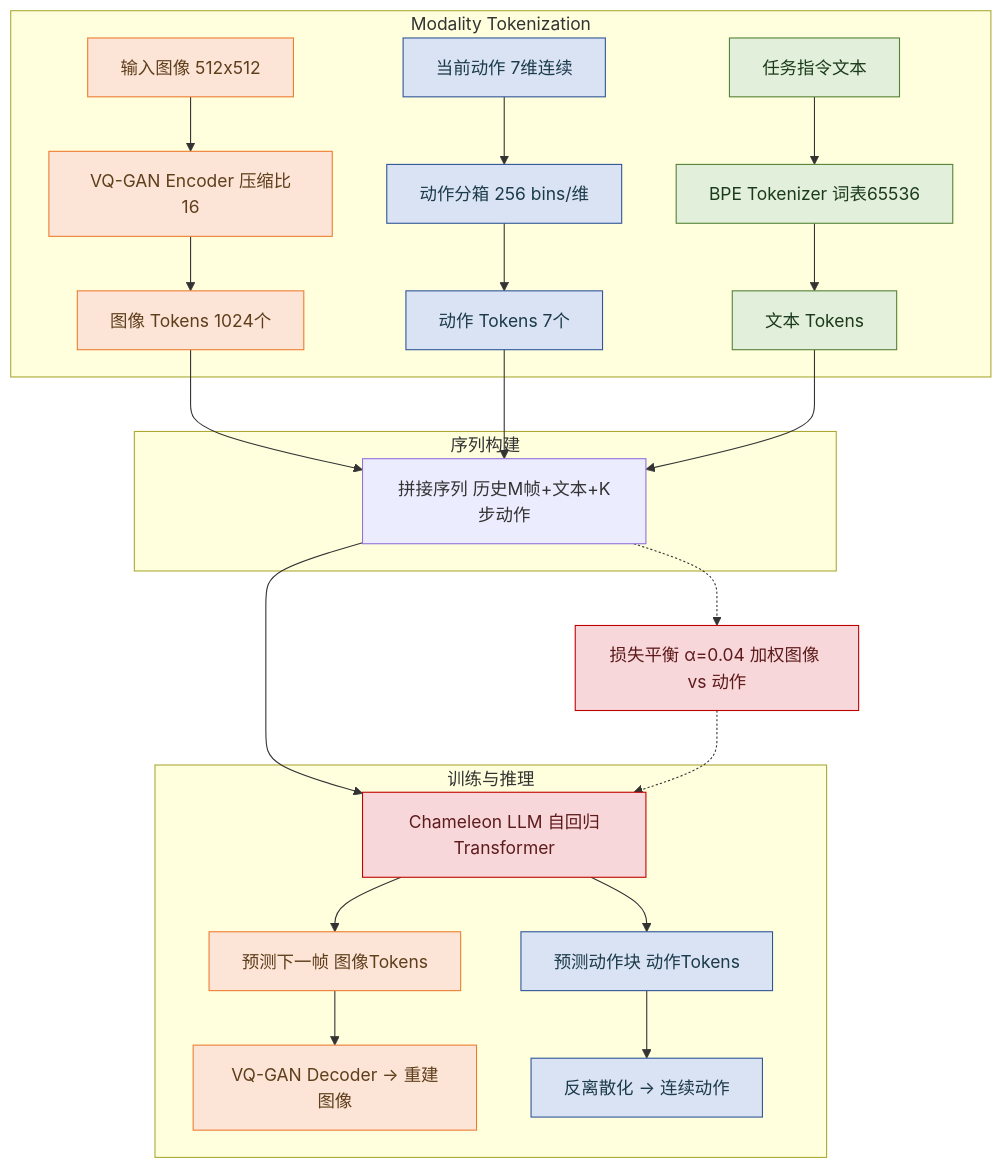
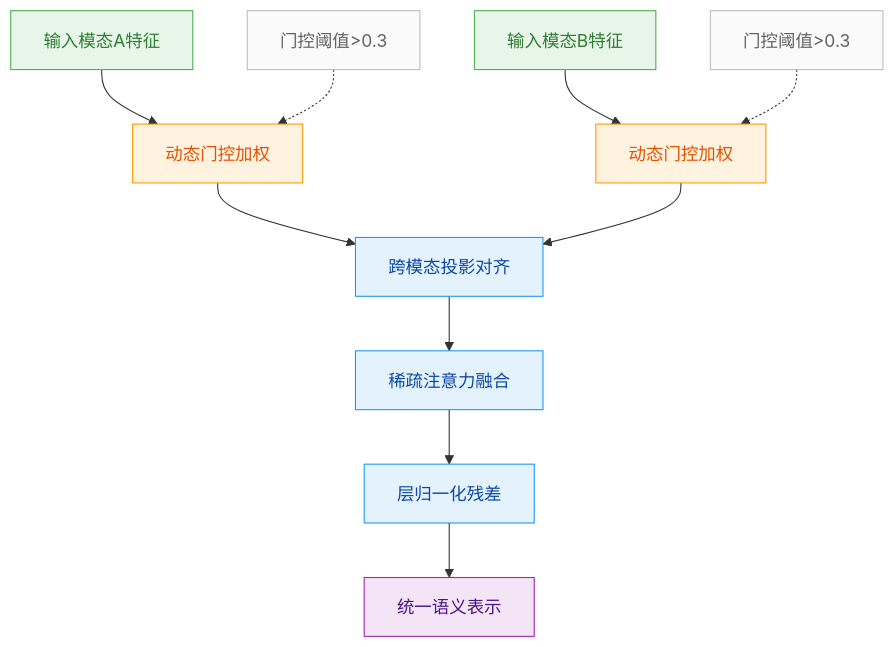
Before and after one commit to ShinewineW/paper-rolling: the eighth of 10 diagrams in person_vault/2026-06-08_WorldVLA_2506.21539/report.md, drawn with Mermaid. The commit also changed other lines of this file and 300 other files, not shown here.

````diff
--- a/person_vault/2026-06-08_WorldVLA_2506.21539/report.md
+++ b/person_vault/2026-06-08_WorldVLA_2506.21539/report.md
@@ -428,34 +357,19 @@
 ```mermaid
-graph TB
-    classDef img_mod fill:#fce4d6,stroke:#ed7d31,color:#5e3e1b;
-    classDef act_mod fill:#dae3f3,stroke:#2f5597,color:#1b3a4b;
-    classDef txt_mod fill:#e2efda,stroke:#548235,color:#1b3a1b;
-    classDef mdl fill:#f8d7da,stroke:#c00000,color:#5e1b1b;
+flowchart TB
+    classDef input fill:#e8f5e9,color:#2e7d32,stroke:#4caf50
+    classDef gate fill:#fff3e0,color:#e65100,stroke:#ff9800
+    classDef core fill:#e3f2fd,color:#0d47a1,stroke:#2196f3
+    classDef output fill:#f3e5f5,color:#4a148c,stroke:#9c27b0
 
-    subgraph "Modality Tokenization"
-        input_img["输入图像 512x512"]:::img_mod --> vq_enc["VQ-GAN Encoder 压缩比16"]:::img_mod
-        vq_enc --> img_tokens["图像 Tokens 1024个"]:::img_mod
-        action["当前动作 7维连续"]:::act_mod --> bin["动作分箱 256 bins/维"]:::act_mod
-        bin --> act_tokens["动作 Tokens 7个"]:::act_mod
-        text["任务指令文本"]:::txt_mod --> bpe["BPE Tokenizer 词表65536"]:::txt_mod
-        bpe --> txt_tokens["文本 Tokens"]:::txt_mod
-    end
+    raw_modal_a["输入模态A特征"]:::input --> gate_a["动态门控加权"]:::gate
+    raw_modal_b["输入模态B特征"]:::input --> gate_b["动态门控加权"]:::gate
+    gate_a --> align_proj["跨模态投影对齐"]:::core
+    gate_b --> align_proj
+    align_proj --> sparse_attn["稀疏注意力融合"]:::core
+    sparse_attn --> norm_layer["层归一化残差"]:::core
+    norm_layer --> final_repr["统一语义表示"]:::output
 
-    subgraph "序列构建"
-        img_tokens --> seq["拼接序列 历史M帧+文本+K步动作"]
-        act_tokens --> seq
-        txt_tokens --> seq
-    end
-
-    subgraph "训练与推理"
-        seq --> llm["Chameleon LLM 自回归Transformer"]:::mdl
-        llm --> out_img["预测下一帧 图像Tokens"]:::img_mod
-        llm --> out_act["预测动作块 动作Tokens"]:::act_mod
-        out_img --> dec["VQ-GAN Decoder → 重建图像"]:::img_mod
-        out_act --> act_dec["反离散化 → 连续动作"]:::act_mod
-    end
-
-    loss["损失平衡 α=0.04 加权图像 vs 动作"]:::mdl
-    seq -.-> loss
-    loss -.-> llm
+    classDef note fill:#fafafa,color:#616161,stroke:#bdbdbd
+    note1["门控阈值>0.3"]:::note -.-> gate_a
+    note2["门控阈值>0.3"]:::note -.-> gate_b
 ```
````
